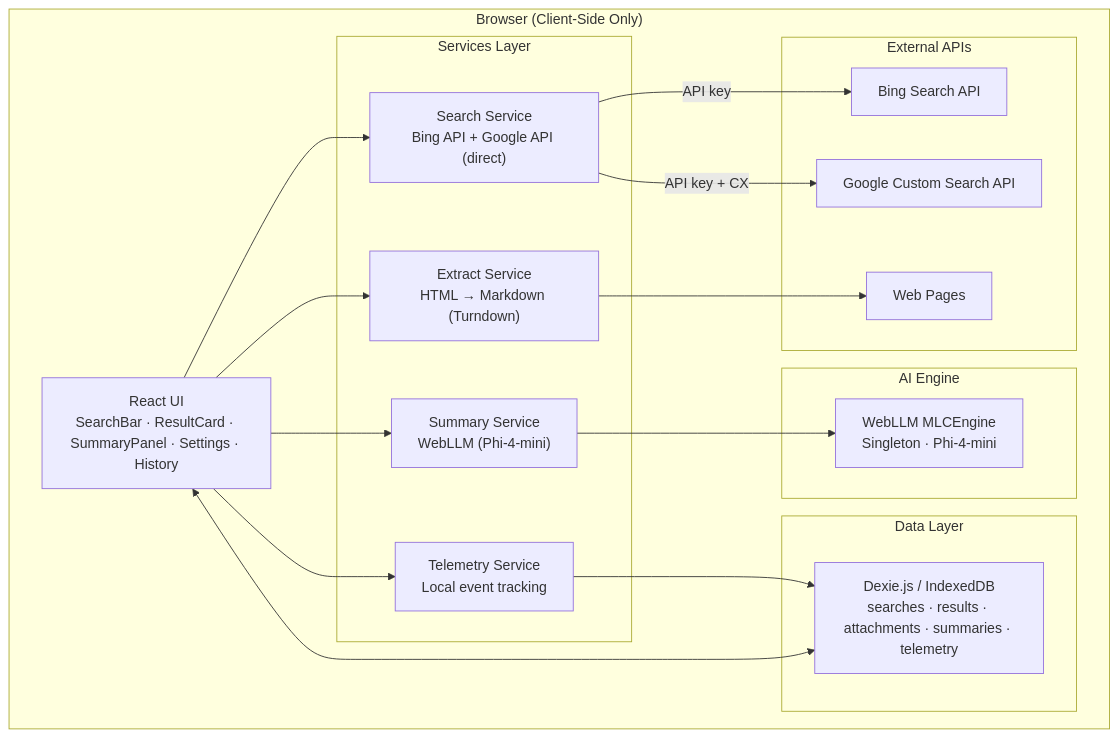
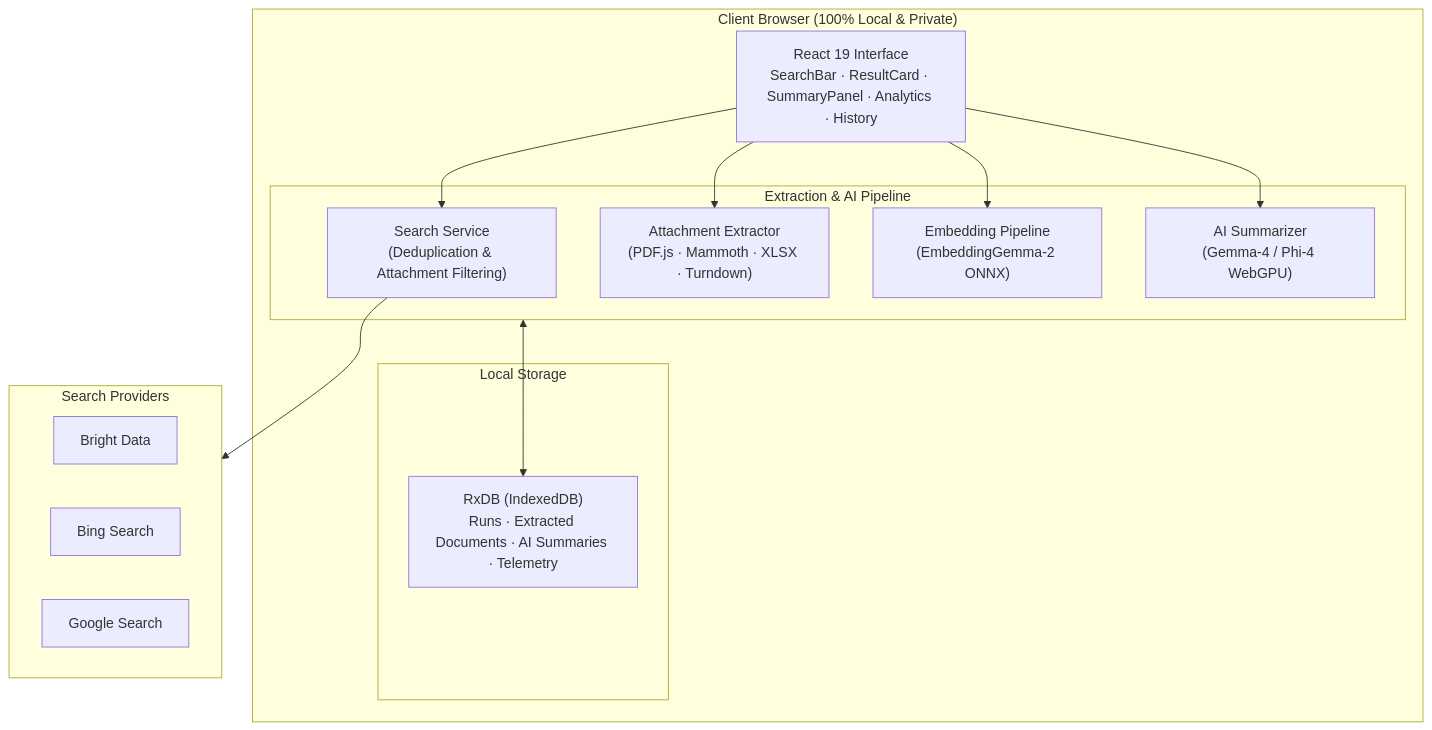
Before and after one commit to learningsam20/attach-surfer: the diagram in README.md, drawn with Mermaid. The commit also changed other lines of this file and 57 other files, not shown here.

````diff
--- a/README.md
+++ b/README.md
@@ -68,38 +138,30 @@
 ```mermaid
 graph TB
-    subgraph "Browser (Client-Side Only)"
-        UI["React UI<br/>SearchBar · ResultCard · SummaryPanel · Settings · History"]
-
-        subgraph "Services Layer"
-            SS["Search Service<br/>Bing API + Google API (direct)"]
-            ES["Extract Service<br/>HTML → Markdown (Turndown)"]
-            SM["Summary Service<br/>WebLLM (Phi-4-mini)"]
-            TL["Telemetry Service<br/>Local event tracking"]
+    subgraph Browser ["Client Browser (100% Local & Private)"]
+        UI["React 19 Interface<br/>SearchBar · ResultCard · SummaryPanel · Analytics · History"]
+        
+        subgraph Pipeline ["Extraction & AI Pipeline"]
+            SS["Search Service<br/>(Deduplication & Attachment Filtering)"]
+            EXT["Attachment Extractor<br/>(PDF.js · Mammoth · XLSX · Turndown)"]
+            EMB["Embedding Pipeline<br/>(EmbeddingGemma-2 ONNX)"]
+            LLM["AI Summarizer<br/>(Gemma-4 / Phi-4 WebGPU)"]
         end
 
-        subgraph "Data Layer"
-            DB["Dexie.js / IndexedDB<br/>searches · results · attachments · summaries · telemetry"]
-        end
-
-        subgraph "AI Engine"
-            WLLM["WebLLM MLCEngine<br/>Singleton · Phi-4-mini"]
-        end
-
-        subgraph "External APIs"
-            B["Bing Search API"]
-            G["Google Custom Search API"]
-            WEB["Web Pages"]
+        subgraph Storage ["Local Storage"]
+            RX["RxDB (IndexedDB)<br/>Runs · Extracted Documents · AI Summaries · Telemetry"]
         end
     end
 
+    subgraph SearchAPIs ["Search Providers"]
+        BD["Bright Data"]
+        BING["Bing Search"]
+        GOOG["Google Search"]
+    end
+
     UI --> SS
-    UI --> ES
-    UI --> SM
-    UI --> TL
-    SS -->|API key| B
-    SS -->|API key + CX| G
-    ES --> WEB
-    SM --> WLLM
-    TL --> DB
-    UI <--> DB
+    SS --> SearchAPIs
+    UI --> EXT
+    UI --> EMB
+    UI --> LLM
+    Pipeline <--> RX
 ```
````
